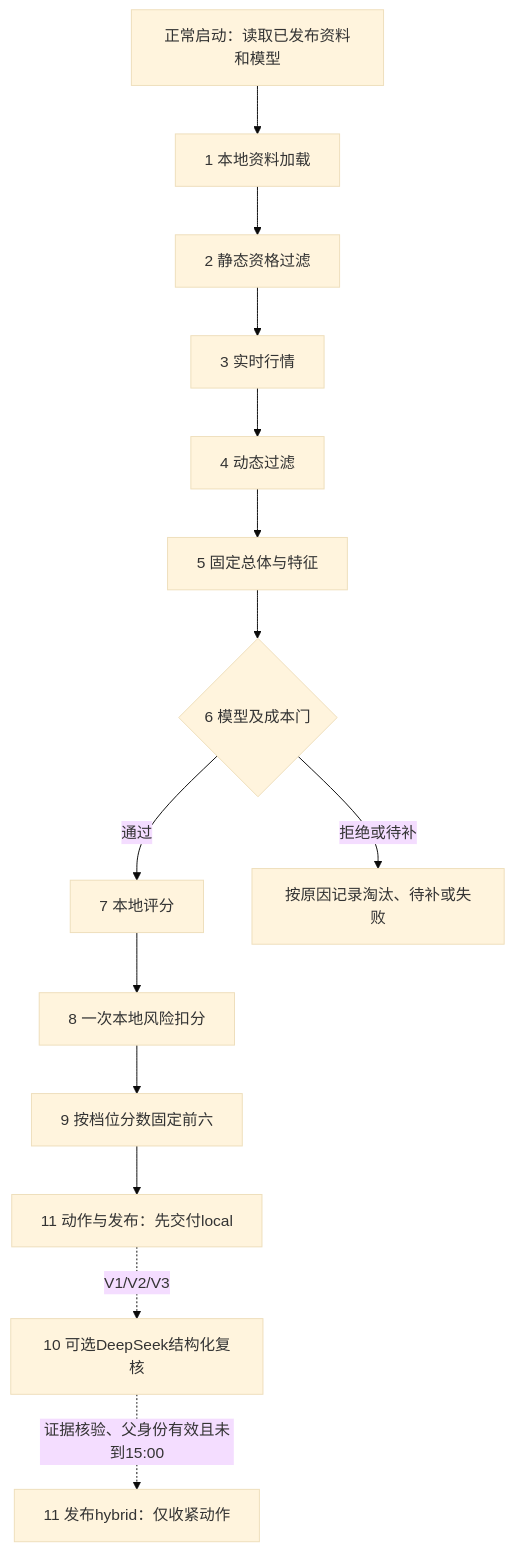
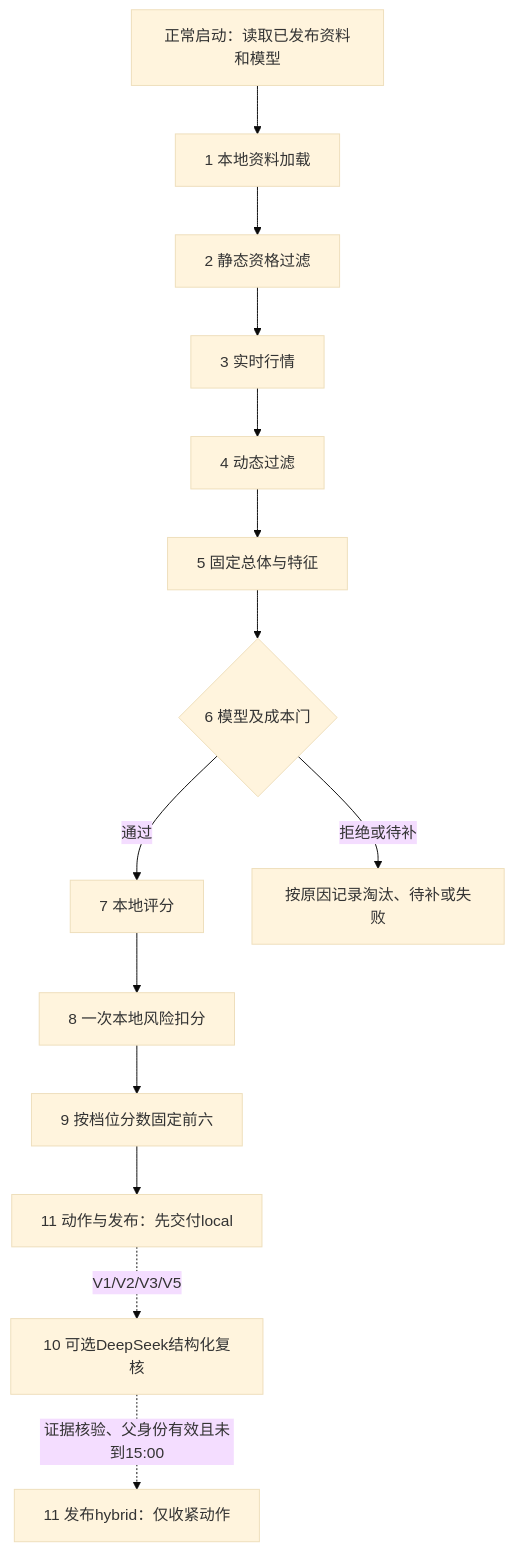
Before and after one commit to 373699756/trader: the first of 2 diagrams in docs/1_评分逻辑.md, drawn with Mermaid (base theme). The commit also changed other lines of this file and 30 other files, not shown here.

````diff
--- a/docs/1_评分逻辑.md
+++ b/docs/1_评分逻辑.md
@@ -117,16 +119,16 @@
 ```mermaid
 flowchart TD
     Boot["正常启动：读取已发布资料和模型"] --> A["1 本地资料加载"]
     A --> B["2 静态资格过滤"]
     B --> C["3 实时行情"]
     C --> D["4 动态过滤"]
     D --> E["5 固定总体与特征"]
     E --> F{"6 模型及成本门"}
     F -->|通过| G["7 本地评分"]
     F -->|拒绝或待补| Reasons["按原因记录淘汰、待补或失败"]
     G --> H["8 一次本地风险扣分"]
     H --> I["9 按档位分数固定前六"]
     I --> Publish["11 动作与发布：先交付local"]
-    Publish -.->|V1/V2/V3| Review["10 可选DeepSeek结构化复核"]
+    Publish -.->|V1/V2/V3/V5| Review["10 可选DeepSeek结构化复核"]
     Review -.->|"证据核验、父身份有效且未到15:00"| Hybrid["11 发布hybrid：仅收紧动作"]
 ```
````
